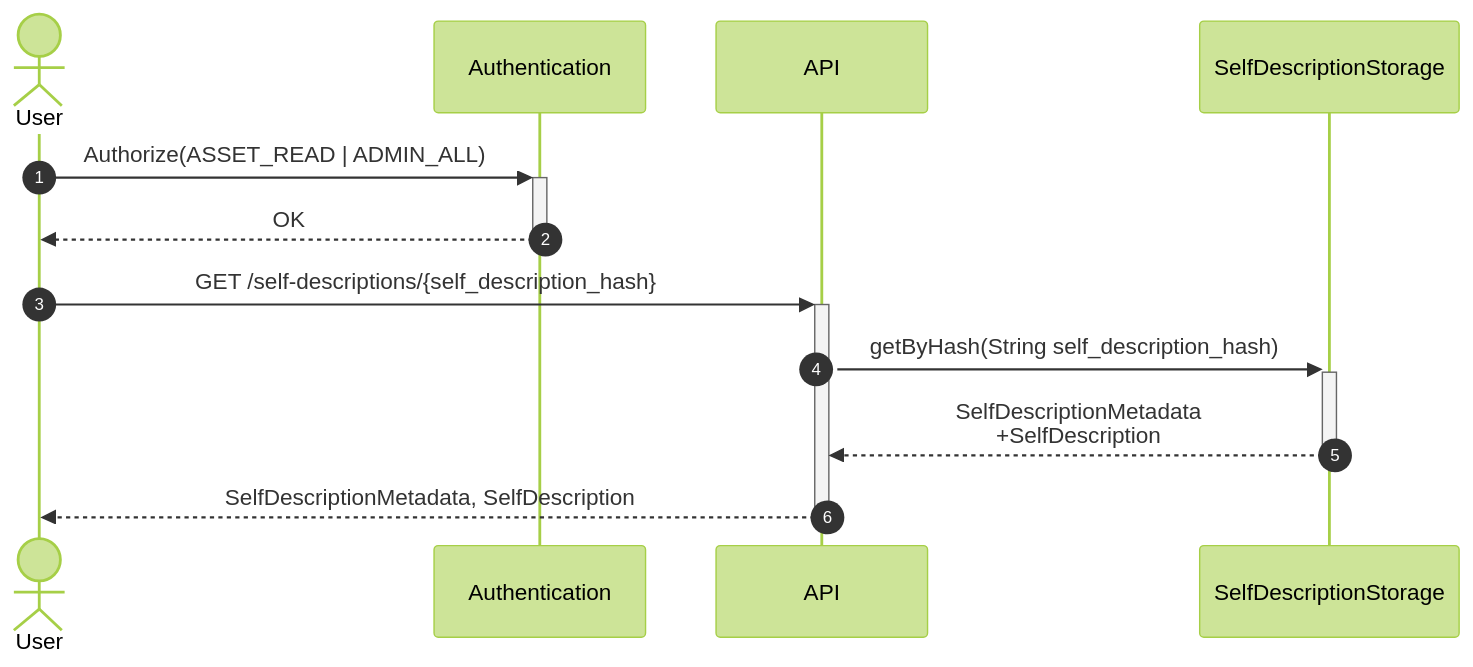
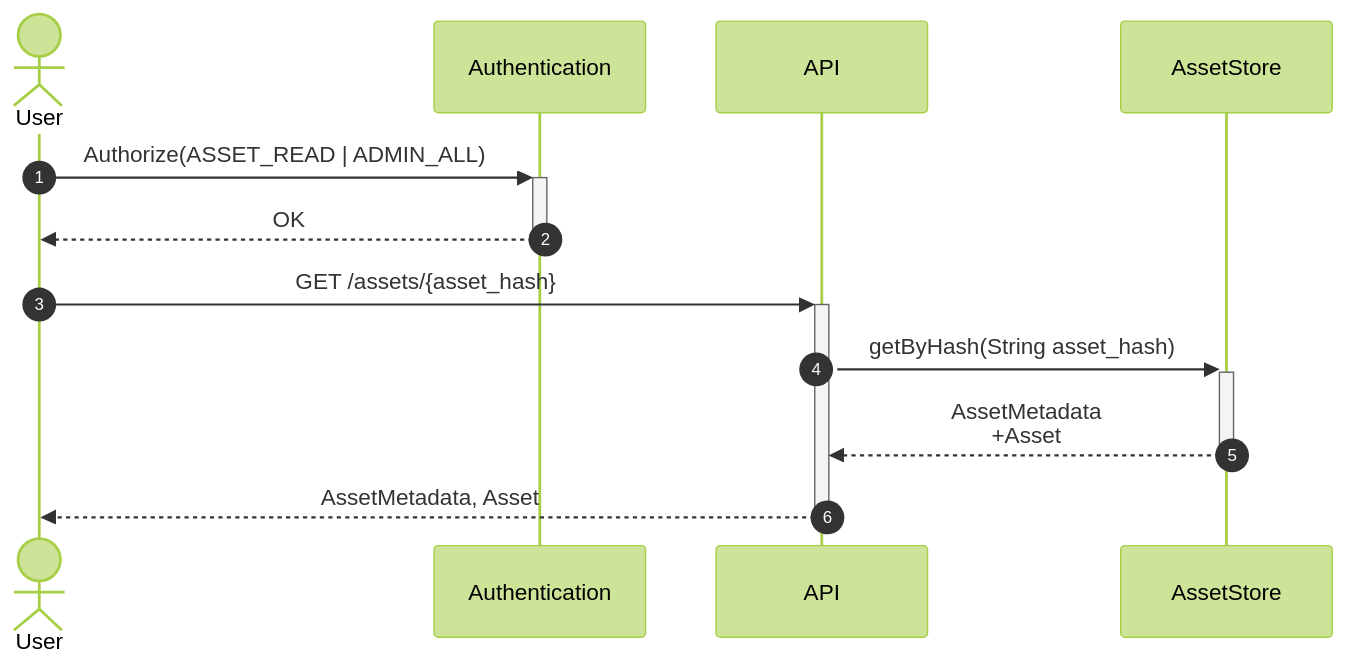
Before and after one commit to federated-catalogue-enhancements-2026/docs: diagram 16 of 34 in federated-catalogue/src/docs/architecture/chapters/06_runtime_view.adoc, drawn with Mermaid (forest theme). The commit also changed other lines of this file and 11 other files, not shown here.

```diff
--- a/federated-catalogue/src/docs/architecture/chapters/06_runtime_view.adoc
+++ b/federated-catalogue/src/docs/architecture/chapters/06_runtime_view.adoc
@@ -558,15 +558,15 @@
 [mermaid, width=2000]
 ....
 sequenceDiagram
     autonumber
     actor User
     participant Auth as Authentication
     participant API
-    participant SDStore as SelfDescriptionStorage
+    participant AssetStore as AssetStore
     User ->> + Auth:Authorize(ASSET_READ | ADMIN_ALL)
     Auth -->> - User:OK
-    User ->> + API:GET /self-descriptions/{self_description_hash}
-    API ->> + SDStore: getByHash(String self_description_hash)
-    SDStore -->> - API: SelfDescriptionMetadata<br>+SelfDescription
-    API -->> - User:SelfDescriptionMetadata, SelfDescription
+    User ->> + API:GET /assets/{asset_hash}
+    API ->> + AssetStore: getByHash(String asset_hash)
+    AssetStore -->> - API: AssetMetadata<br>+Asset
+    API -->> - User:AssetMetadata, Asset
 ....
```
